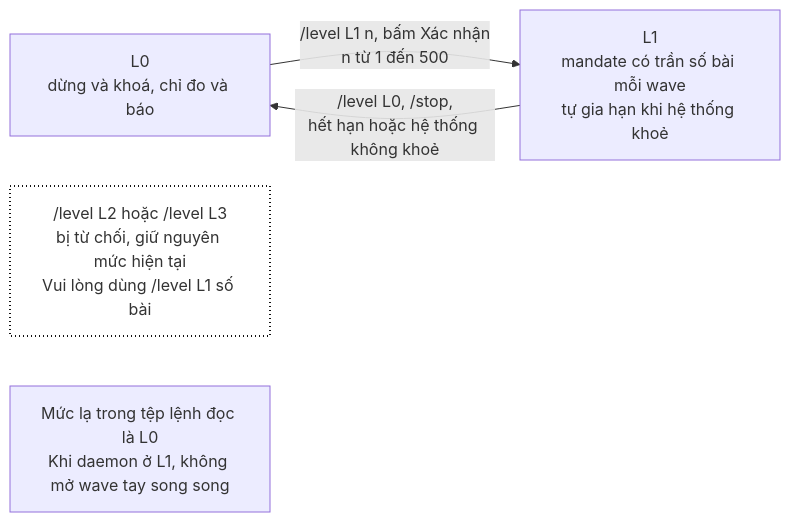
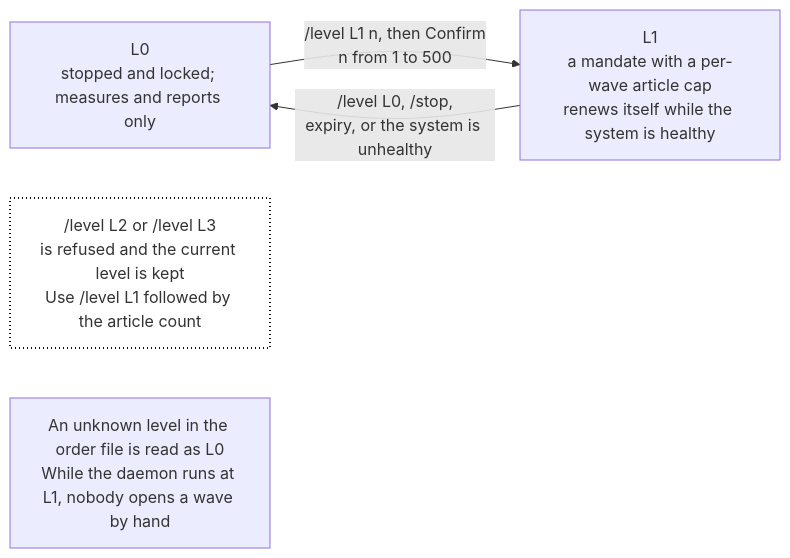
The diagram in project/docs/diagrams/30-state-levels.mmd (Tuanan172-py/fts-news-scape), drawn with Mermaid before and after one commit. The commit also changed 33 other files, not shown here.

Commit message:
feat: standardize offline workflow diagrams to English, add skills council proposal and wave automation scripts (US-048)

```diff
--- a/project/docs/diagrams/30-state-levels.mmd
+++ b/project/docs/diagrams/30-state-levels.mmd
@@ -1,11 +1,11 @@
-%% title: Mức tự chủ L0 và L1
-%% desc: Chỉ hai mức; L2 và L3 bị từ chối (ADR-0026.D4).
+%% title: Autonomy levels L0 and L1
+%% desc: Only two levels exist; L2 and L3 are refused (ADR-0026.D4).
 flowchart LR
-  L0["L0<br/>dừng và khoá, chỉ đo và báo"]
-  L1["L1<br/>mandate có trần số bài mỗi wave<br/>tự gia hạn khi hệ thống khoẻ"]
-  L0 -->|"/level L1 n, bấm Xác nhận<br/>n từ 1 đến 500"| L1
-  L1 -->|"/level L0, /stop,<br/>hết hạn hoặc hệ thống không khoẻ"| L0
-  RF["/level L2 hoặc /level L3<br/>bị từ chối, giữ nguyên mức hiện tại<br/>Vui lòng dùng /level L1 số bài"]
-  RL["Mức lạ trong tệp lệnh đọc là L0<br/>Khi daemon ở L1, không mở wave tay song song"]
+  L0["L0<br/>stopped and locked; measures and reports only"]
+  L1["L1<br/>a mandate with a per-wave article cap<br/>renews itself while the system is healthy"]
+  L0 -->|"/level L1 n, then Confirm<br/>n from 1 to 500"| L1
+  L1 -->|"/level L0, /stop,<br/>expiry, or the system is unhealthy"| L0
+  RF["/level L2 or /level L3<br/>is refused and the current level is kept<br/>Use /level L1 followed by the article count"]
+  RL["An unknown level in the order file is read as L0<br/>While the daemon runs at L1, nobody opens a wave by hand"]
   classDef no fill:#ffffff,stroke:#111111,stroke-dasharray:1 3,stroke-width:2px
   class RF no
```
